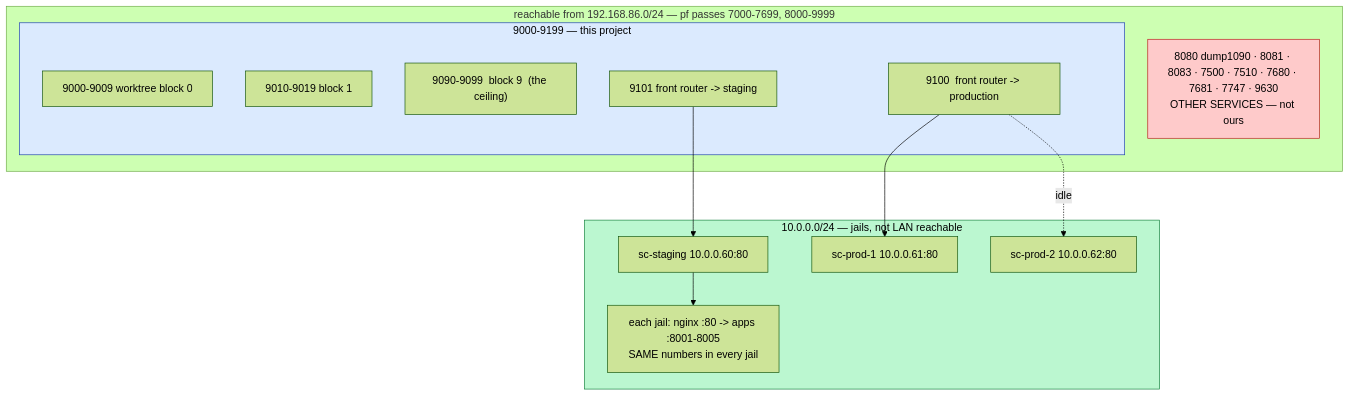
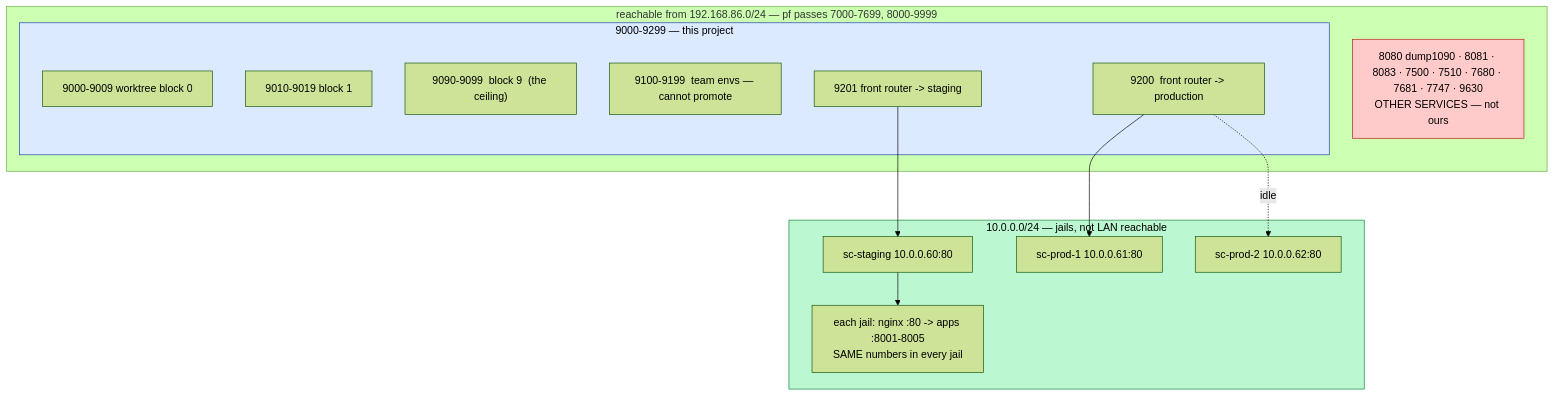
The first of 2 diagrams in spec.org (aygp-dr/standard-change), drawn with Mermaid (forest theme) before and after one commit. The commit also changed other lines of this file and 7 other files, not shown here.

```diff
--- a/spec.org
+++ b/spec.org
@@ -366,26 +366,27 @@
 #+begin_src mermaid :eval never-export
 flowchart TB
     subgraph lan["reachable from 192.168.86.0/24 — pf passes 7000-7699, 8000-9999"]
-        subgraph ours["9000-9199 — this project"]
+        subgraph ours["9000-9299 — this project"]
             W0["9000-9009  worktree block 0"]
             W1["9010-9019  block 1"]
             WN["9090-9099  block 9  (the ceiling)"]
-            FP["9100  front router -> production"]
-            FS["9101  front router -> staging"]
+            TE["9100-9199  team envs — cannot promote"]
+            FP["9200  front router -> production"]
+            FS["9201  front router -> staging"]
         end
         OTHER["8080 dump1090 · 8081 · 8083 · 7500 · 7510 · 7680 · 7681 · 7747 · 9630<br/>OTHER SERVICES — not ours"]
     end
     subgraph jails["10.0.0.0/24 — jails, not LAN reachable"]
         J1["sc-staging  10.0.0.60:80"]
         J2["sc-prod-1   10.0.0.61:80"]
         J3["sc-prod-2   10.0.0.62:80"]
         JA["each jail: nginx :80 -> apps :8001-8005<br/>SAME numbers in every jail"]
     end
     FP --> J2
     FP -.->|idle| J3
     FS --> J1
     J1 --> JA
     style ours fill:#dbeafe,stroke:#1e40af,color:#000
     style OTHER fill:#fecaca,stroke:#b91c1c,color:#000
     style jails fill:#bbf7d0,stroke:#15803d,color:#000
 #+end_src
```
